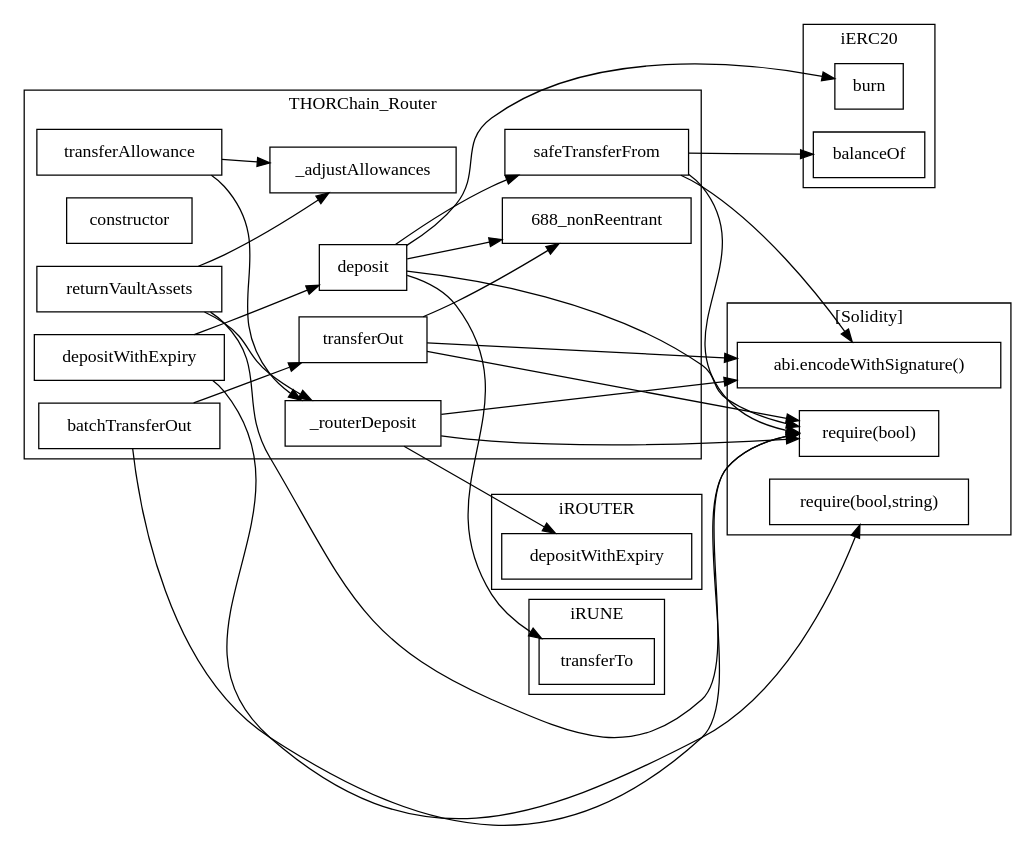
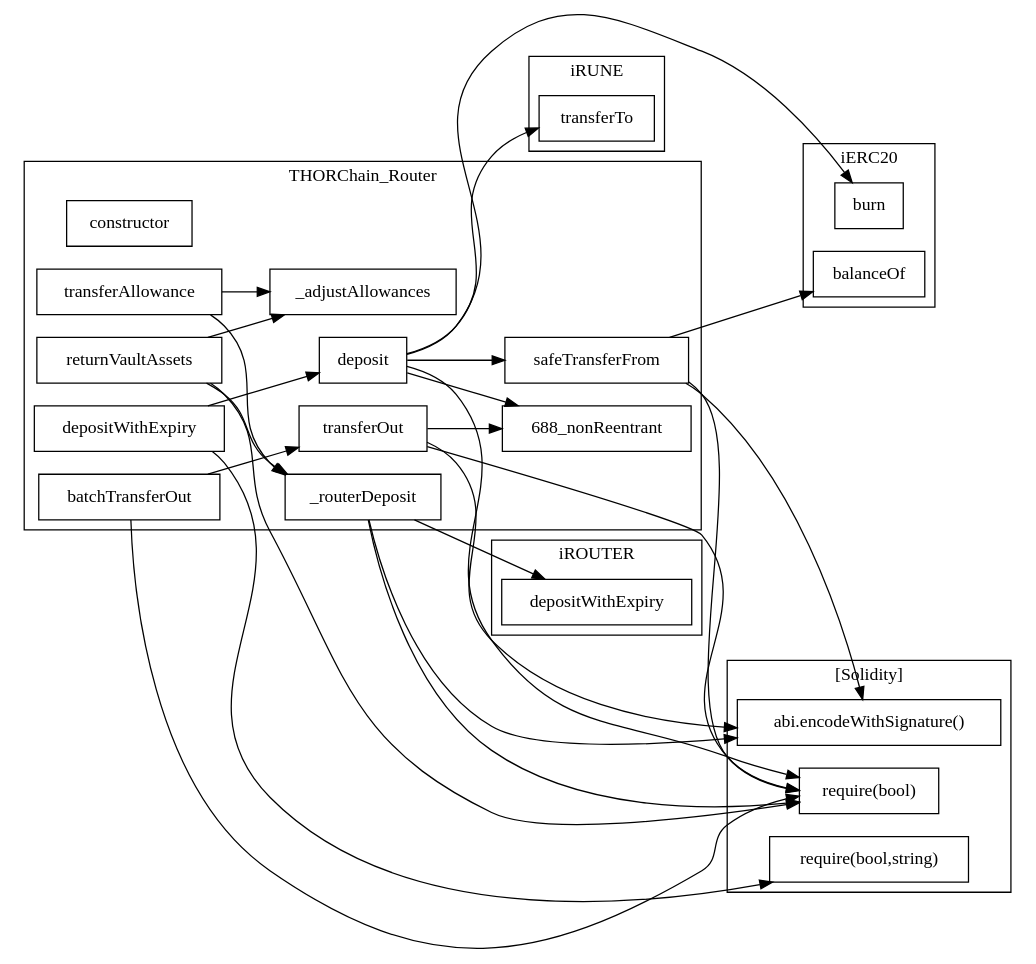
One commit to eliQAQ/IntelliBridge-Auditor changed the diagram in static_analysis/THORChain20210723/THORChain_Router.sol.all_contracts.call-graph.dot. Above: the diagram before and after it, drawn with Graphviz. The commit also changed 28 other files, not shown here.

```diff
--- a/static_analysis/THORChain20210723/THORChain_Router.sol.all_contracts.call-graph.dot
+++ b/static_analysis/THORChain20210723/THORChain_Router.sol.all_contracts.call-graph.dot
@@ -1,54 +1,54 @@
 strict digraph {
 rankdir="LR"
 node [shape=box]
 subgraph cluster_688_THORChain_Router {
 label = "THORChain_Router"
+"688_constructor" [label="constructor"]
 "688_depositWithExpiry" [label="depositWithExpiry"]
+"688_transferAllowance" [label="transferAllowance"]
+"688__routerDeposit" [label="_routerDeposit"]
 "688__adjustAllowances" [label="_adjustAllowances"]
-"688__routerDeposit" [label="_routerDeposit"]
+"688_returnVaultAssets" [label="returnVaultAssets"]
+"688_transferOut" [label="transferOut"]
 "688_deposit" [label="deposit"]
-"688_constructor" [label="constructor"]
+"688_batchTransferOut" [label="batchTransferOut"]
 "688_safeTransferFrom" [label="safeTransferFrom"]
-"688_batchTransferOut" [label="batchTransferOut"]
-"688_transferOut" [label="transferOut"]
-"688_transferAllowance" [label="transferAllowance"]
-"688_returnVaultAssets" [label="returnVaultAssets"]
+"688_deposit" -> "688_safeTransferFrom"
+"688_transferOut" -> "688_nonReentrant"
 "688_returnVaultAssets" -> "688__adjustAllowances"
-"688_returnVaultAssets" -> "688__routerDeposit"
-"688_transferOut" -> "688_nonReentrant"
-"688_batchTransferOut" -> "688_transferOut"
 "688_transferAllowance" -> "688__routerDeposit"
 "688_deposit" -> "688_nonReentrant"
-"688_deposit" -> "688_safeTransferFrom"
+"688_batchTransferOut" -> "688_transferOut"
 "688_depositWithExpiry" -> "688_deposit"
+"688_returnVaultAssets" -> "688__routerDeposit"
 "688_transferAllowance" -> "688__adjustAllowances"
-}subgraph cluster_24_iRUNE {
-label = "iRUNE"
-"24_transferTo" [label="transferTo"]
 }subgraph cluster_38_iROUTER {
 label = "iROUTER"
 "38_depositWithExpiry" [label="depositWithExpiry"]
 }subgraph cluster_14_iERC20 {
 label = "iERC20"
+"14_burn" [label="burn"]
 "14_balanceOf" [label="balanceOf"]
-"14_burn" [label="burn"]
+}subgraph cluster_24_iRUNE {
+label = "iRUNE"
+"24_transferTo" [label="transferTo"]
 }subgraph cluster_solidity {
 label = "[Solidity]"
 "require(bool)" 
+"require(bool,string)" 
 "abi.encodeWithSignature()" 
-"require(bool,string)" 
+"688_safeTransferFrom" -> "require(bool)"
+"688_deposit" -> "require(bool)"
+"688_safeTransferFrom" -> "abi.encodeWithSignature()"
+"688_transferOut" -> "abi.encodeWithSignature()"
+"688__routerDeposit" -> "abi.encodeWithSignature()"
+"688_batchTransferOut" -> "require(bool)"
 "688_transferOut" -> "require(bool)"
-"688_deposit" -> "require(bool)"
+"688_returnVaultAssets" -> "require(bool)"
+"688_depositWithExpiry" -> "require(bool,string)"
 "688__routerDeposit" -> "require(bool)"
-"688_batchTransferOut" -> "require(bool)"
-"688_transferOut" -> "abi.encodeWithSignature()"
-"688_safeTransferFrom" -> "require(bool)"
-"688_depositWithExpiry" -> "require(bool,string)"
-"688__routerDeposit" -> "abi.encodeWithSignature()"
-"688_returnVaultAssets" -> "require(bool)"
-"688_safeTransferFrom" -> "abi.encodeWithSignature()"
-}"688_safeTransferFrom" -> "14_balanceOf"
+}"688_deposit" -> "24_transferTo"
 "688__routerDeposit" -> "38_depositWithExpiry"
+"688_safeTransferFrom" -> "14_balanceOf"
 "688_deposit" -> "14_burn"
-"688_deposit" -> "24_transferTo"
 }
```
